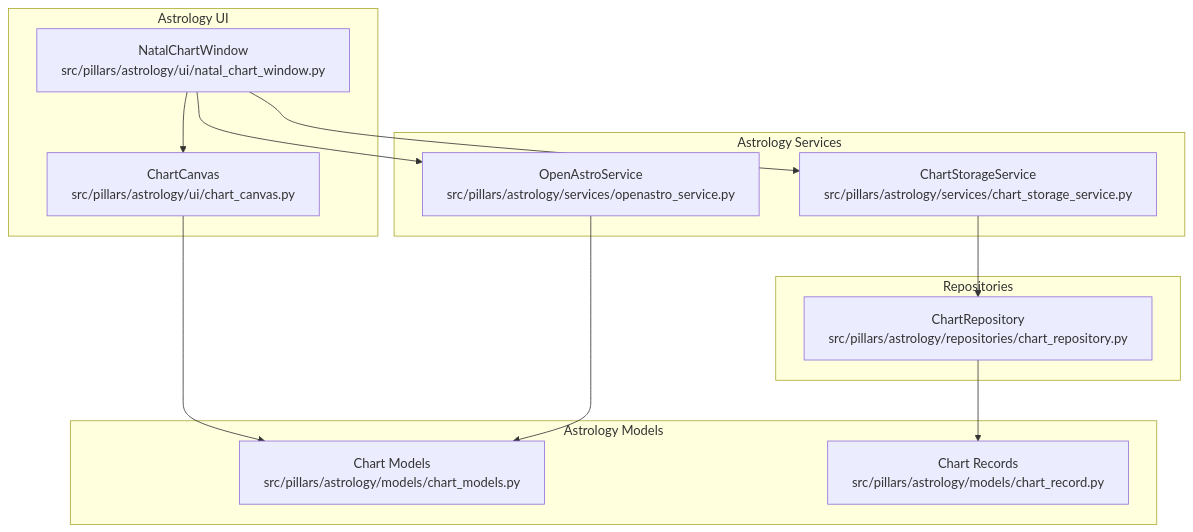
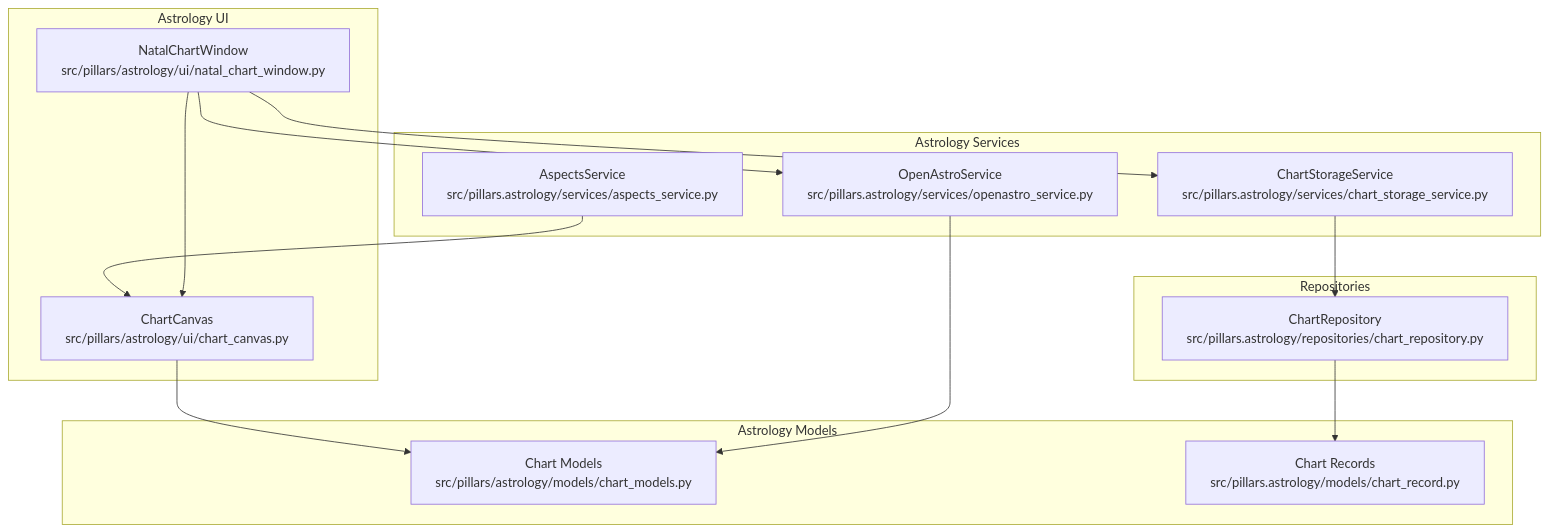
Before and after one commit to TheDaniel166/IsopGem: the first of 8 diagrams in .qoder/repowiki/en/content/Architecture Overview/Pillar-Based Architecture/Astrology Pillar/Astrology Chart Canvas.md, drawn with Mermaid. The commit also changed other lines of this file and 36 other files, not shown here.

````diff
--- a/.qoder/repowiki/en/content/Architecture Overview/Pillar-Based Architecture/Astrology Pillar/Astrology Chart Canvas.md
+++ b/.qoder/repowiki/en/content/Architecture Overview/Pillar-Based Architecture/Astrology Pillar/Astrology Chart Canvas.md
@@ -36,25 +38,27 @@
 ```mermaid
 graph TB
 subgraph "Astrology UI"
 NC["NatalChartWindow<br/>src/pillars/astrology/ui/natal_chart_window.py"]
 CC["ChartCanvas<br/>src/pillars/astrology/ui/chart_canvas.py"]
 end
 subgraph "Astrology Services"
-OAS["OpenAstroService<br/>src/pillars/astrology/services/openastro_service.py"]
-CSS["ChartStorageService<br/>src/pillars/astrology/services/chart_storage_service.py"]
+OAS["OpenAstroService<br/>src/pillars.astrology/services/openastro_service.py"]
+CSS["ChartStorageService<br/>src/pillars.astrology/services/chart_storage_service.py"]
+AS["AspectsService<br/>src/pillars.astrology/services/aspects_service.py"]
 end
 subgraph "Astrology Models"
 CM["Chart Models<br/>src/pillars/astrology/models/chart_models.py"]
-CR["Chart Records<br/>src/pillars/astrology/models/chart_record.py"]
+CR["Chart Records<br/>src/pillars.astrology/models/chart_record.py"]
 end
 subgraph "Repositories"
-CRP["ChartRepository<br/>src/pillars/astrology/repositories/chart_repository.py"]
+CRP["ChartRepository<br/>src/pillars.astrology/repositories/chart_repository.py"]
 end
 NC --> OAS
 NC --> CC
 NC --> CSS
 CSS --> CRP
 CRP --> CR
 OAS --> CM
 CC --> CM
+AS --> CC
 ```
````
